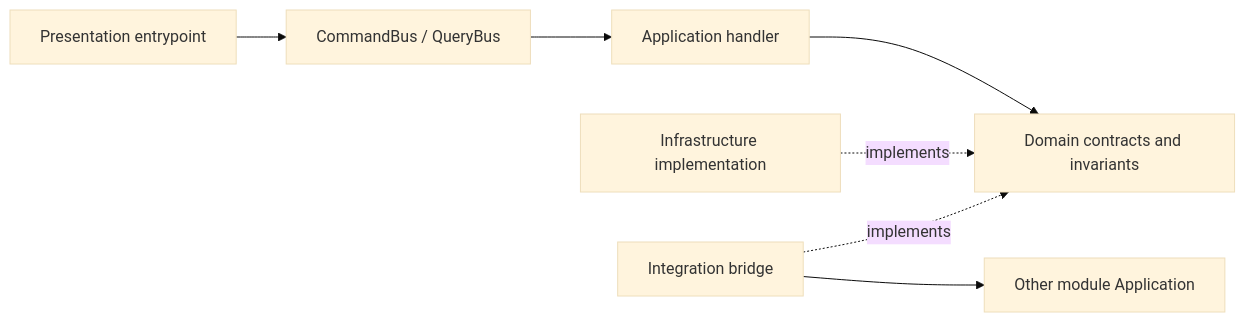
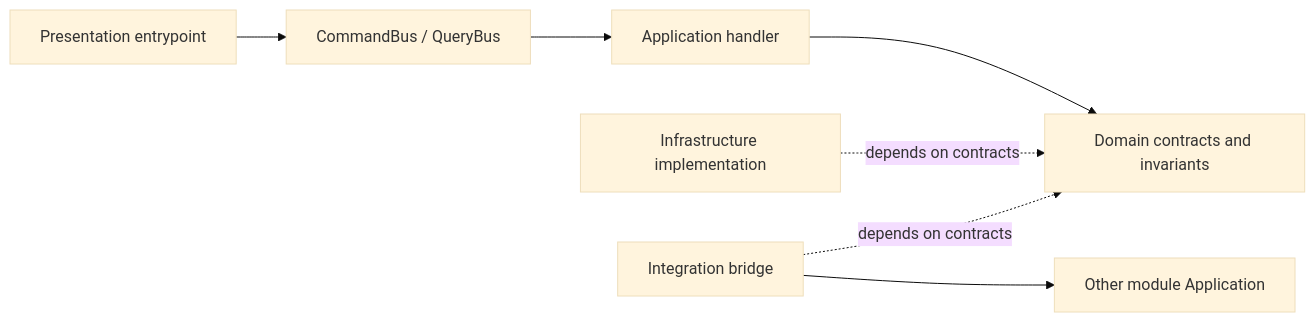
One commit to prikotov/symfony-ddd-ai-skeleton changed the diagram in docs/module-scaffold-guide.md. Above: the diagram before and after it, drawn with Mermaid (base theme). The commit also changed 1 other file, not shown here.

Commit message:
docs(module): clarify dependency arrows

````diff
--- a/docs/module-scaffold-guide.md
+++ b/docs/module-scaffold-guide.md
@@ -201,16 +201,16 @@
 ```mermaid
 flowchart LR
     Presentation[Presentation entrypoint]
     Bus[CommandBus / QueryBus]
     Application[Application handler]
     Domain[Domain contracts and invariants]
     Infrastructure[Infrastructure implementation]
     Integration[Integration bridge]
     OtherApplication[Other module Application]
 
     Presentation --> Bus --> Application
     Application --> Domain
-    Infrastructure -. implements .-> Domain
-    Integration -. implements .-> Domain
+    Infrastructure -. depends on contracts .-> Domain
+    Integration -. depends on contracts .-> Domain
     Integration --> OtherApplication
 ```
````
